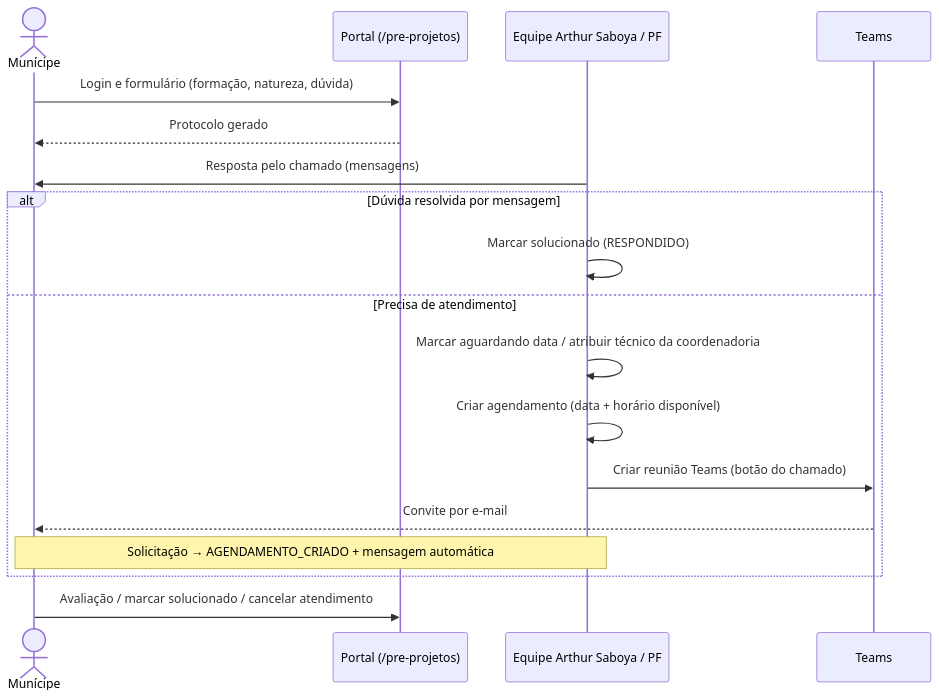
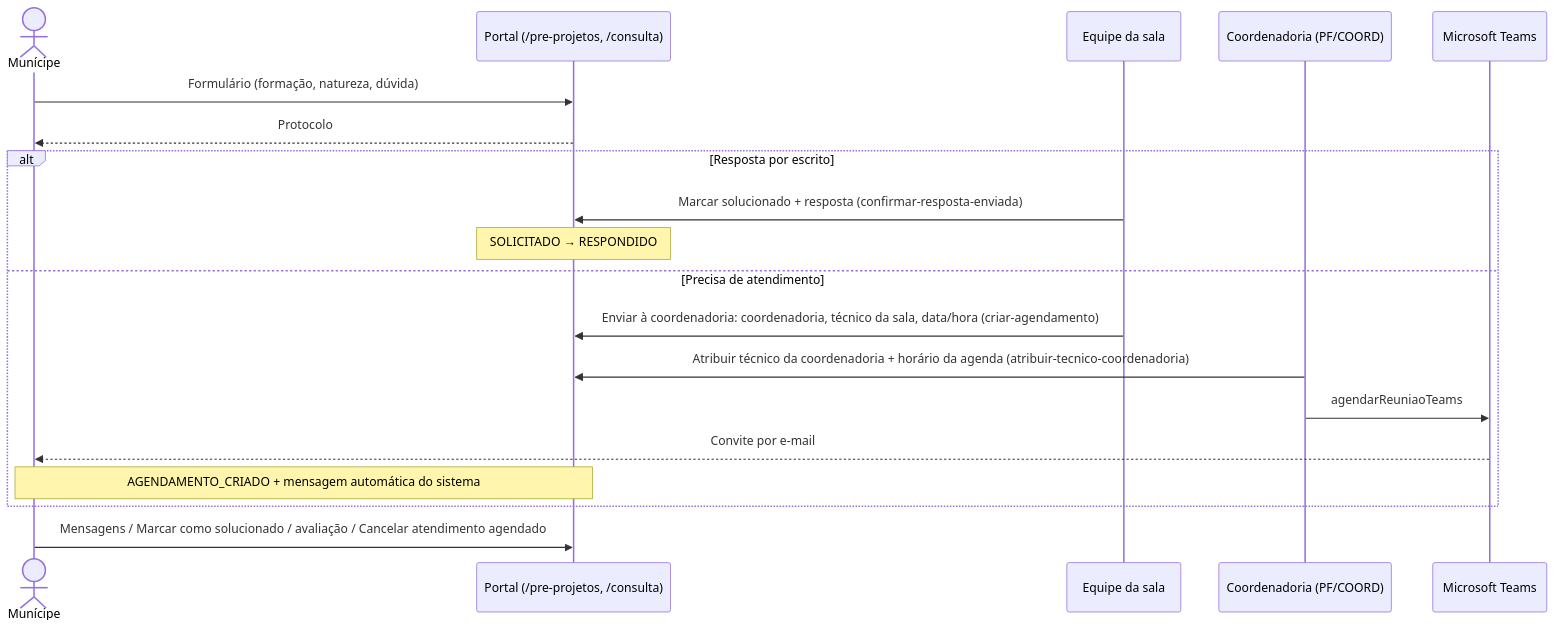
The diagram in docs/tecnica/08-regras-de-negocio/arthur-saboya-pre-projetos.md (smdu-sp/agendamento-fullstack), drawn with Mermaid before and after one commit. The commit also changed other lines of this file and 31 other files, not shown here.

````diff
--- a/docs/tecnica/08-regras-de-negocio/arthur-saboya-pre-projetos.md
+++ b/docs/tecnica/08-regras-de-negocio/arthur-saboya-pre-projetos.md
@@ -34,20 +44,21 @@
 ```mermaid
 sequenceDiagram
   actor M as Munícipe
-  participant P as Portal (/pre-projetos)
-  participant S as Equipe Arthur Saboya / PF
-  participant T as Teams
-  M->>P: Login e formulário (formação, natureza, dúvida)
-  P-->>M: Protocolo gerado
-  S->>M: Resposta pelo chamado (mensagens)
-  alt Dúvida resolvida por mensagem
-    S->>S: Marcar solucionado (RESPONDIDO)
+  participant P as Portal (/pre-projetos, /consulta)
+  participant S as Equipe da sala
+  participant C as Coordenadoria (PF/COORD)
+  participant T as Microsoft Teams
+  M->>P: Formulário (formação, natureza, dúvida)
+  P-->>M: Protocolo
+  alt Resposta por escrito
+    S->>P: Marcar solucionado + resposta (confirmar-resposta-enviada)
+    Note over P: SOLICITADO → RESPONDIDO
   else Precisa de atendimento
-    S->>S: Marcar aguardando data / atribuir técnico da coordenadoria
-    S->>S: Criar agendamento (data + horário disponível)
-    S->>T: Criar reunião Teams (botão do chamado)
+    S->>P: Enviar à coordenadoria: coordenadoria, técnico da sala, data/hora (criar-agendamento)
+    C->>P: Atribuir técnico da coordenadoria + horário da agenda (atribuir-tecnico-coordenadoria)
+    C->>T: agendarReuniaoTeams
     T-->>M: Convite por e-mail
-    Note over S,M: Solicitação → AGENDAMENTO_CRIADO + mensagem automática
+    Note over P,M: AGENDAMENTO_CRIADO + mensagem automática do sistema
   end
-  M->>P: Avaliação / marcar solucionado / cancelar atendimento
+  M->>P: Mensagens / Marcar como solucionado / avaliação / Cancelar atendimento agendado
 ```
````
